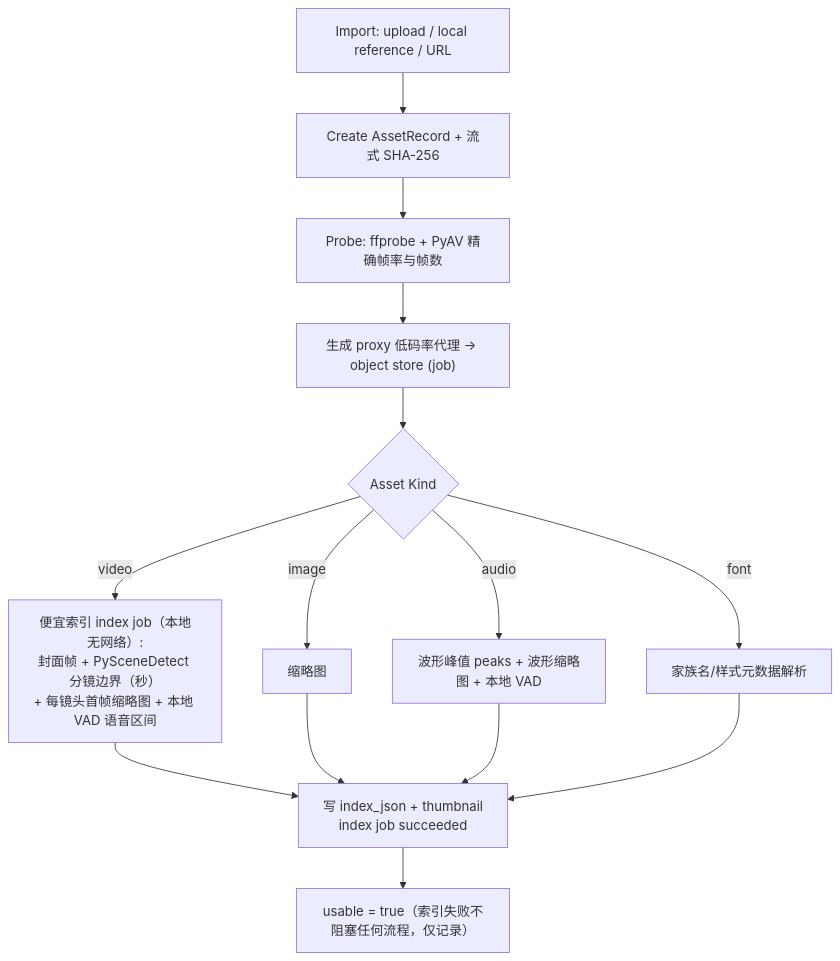
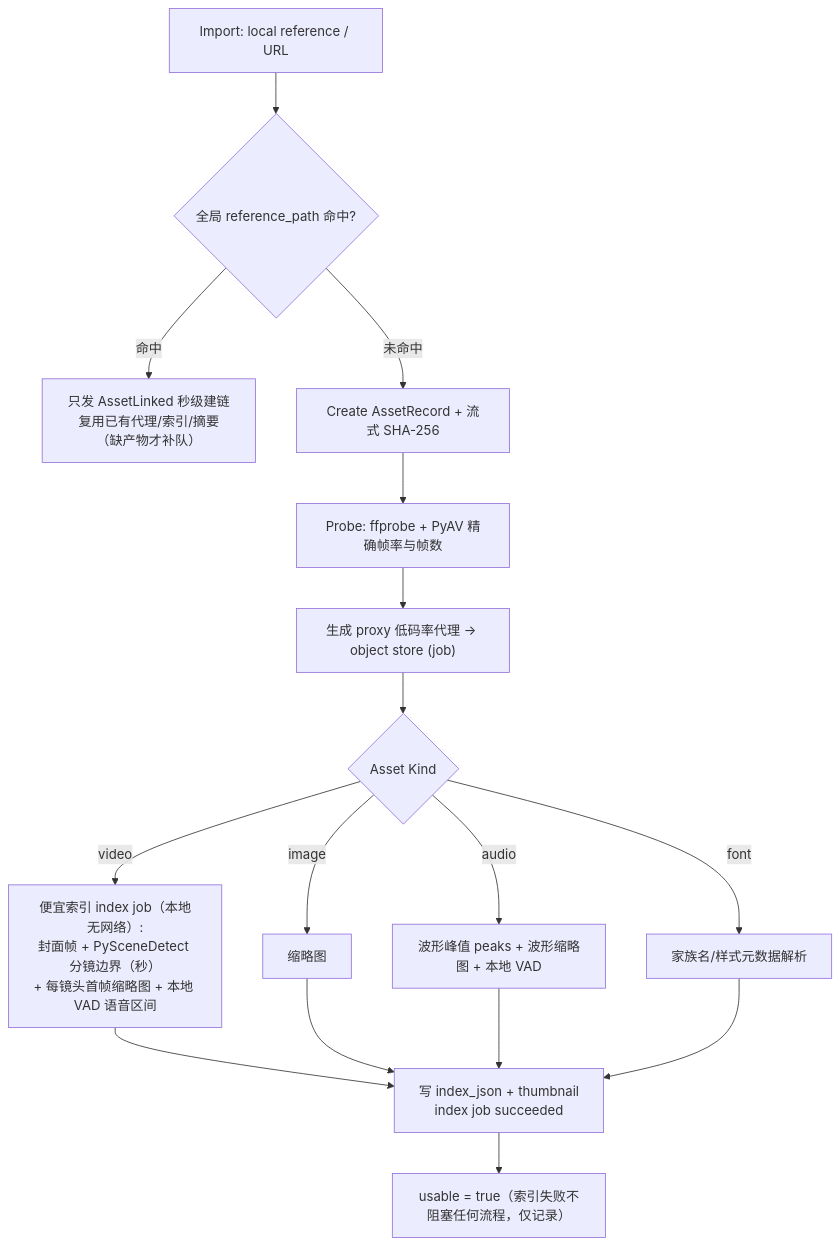
Diagram 15 of 23 in PRD.md (nanzhi84/Rushes), drawn with Mermaid before and after one commit. The commit also changed other lines of this file and 185 other files, not shown here.

````diff
--- a/PRD.md
+++ b/PRD.md
@@ -1375,16 +1340,18 @@
 ```mermaid
 flowchart TB
-  A["Import: upload / local reference / URL"] --> B["Create AssetRecord + 流式 SHA-256"]
+  A["Import: local reference / URL"] --> B0{"全局 reference_path 命中?"}
+  B0 -->|命中| BL["只发 AssetLinked 秒级建链<br/>复用已有代理/索引/摘要（缺产物才补队）"]
+  B0 -->|未命中| B["Create AssetRecord + 流式 SHA-256"]
   B --> C["Probe: ffprobe + PyAV 精确帧率与帧数"]
   C --> P["生成 proxy 低码率代理 → object store (job)"]
   P --> D{"Asset Kind"}
 
   D -->|video| V1["便宜索引 index job（本地无网络）:<br/>封面帧 + PySceneDetect 分镜边界（秒）<br/>+ 每镜头首帧缩略图 + 本地 VAD 语音区间"]
   V1 --> V6["写 index_json + thumbnail<br/>index job succeeded"]
 
   D -->|image| I1["缩略图"] --> V6
   D -->|audio| A1["波形峰值 peaks + 波形缩略图 + 本地 VAD"] --> V6
   D -->|font| F1["家族名/样式元数据解析"] --> V6
 
   V6 --> DONE["usable = true（索引失败不阻塞任何流程，仅记录）"]
 ```
````
